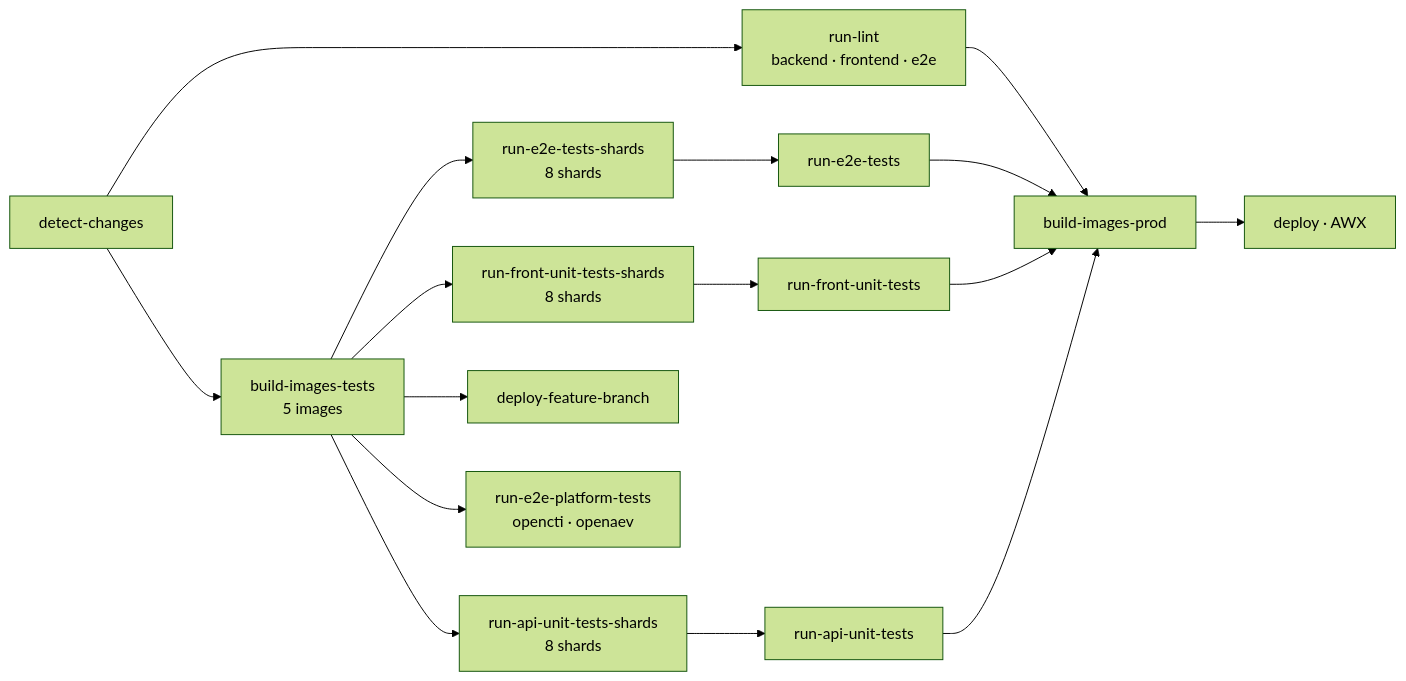
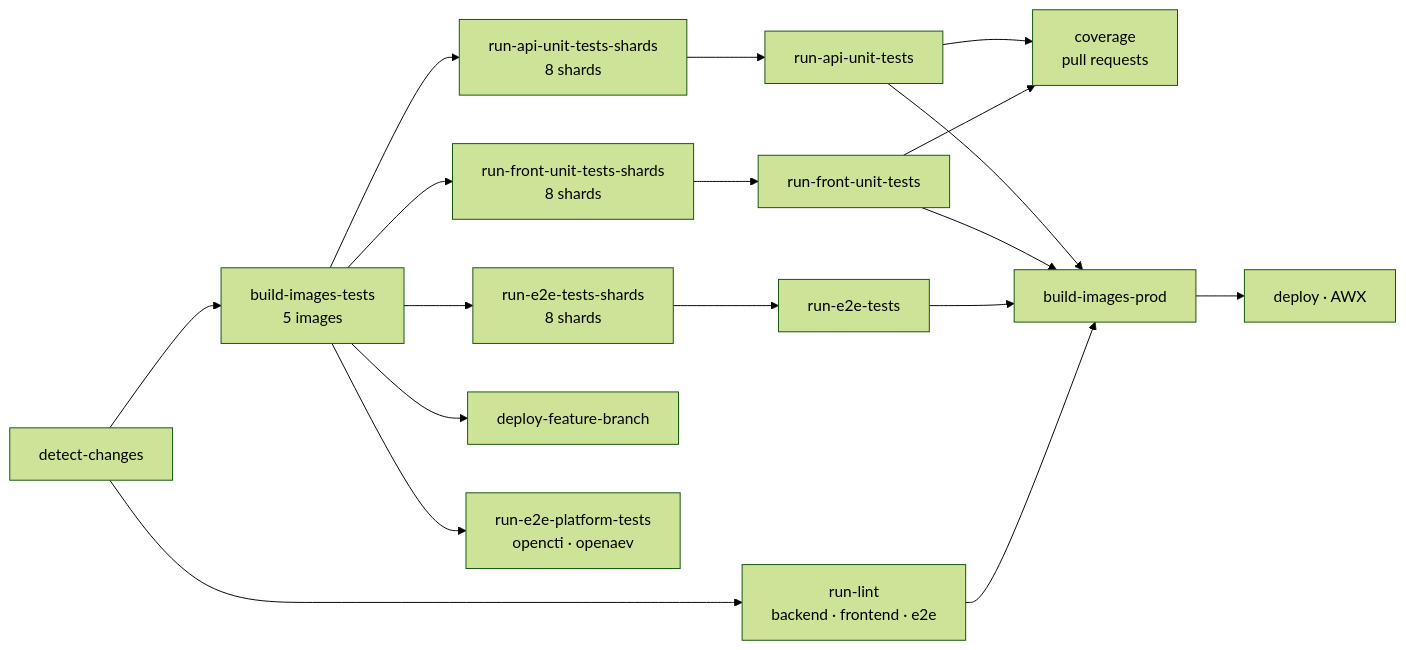
Before and after one commit to XTM-Hub/xtm-hub: the diagram in .claude/rules/ci.md, drawn with Mermaid (forest theme). The commit also changed other lines of this file and 8 other files, not shown here.

Commit message:
ci(coverage): require 80% coverage on pull requests for frontend and backend (#4153) (#4154)

````diff
--- a/.claude/rules/ci.md
+++ b/.claude/rules/ci.md
@@ -21,18 +21,20 @@
 ```mermaid
 flowchart LR
   A[detect-changes] --> B[run-lint<br/>backend · frontend · e2e]
   A --> C[build-images-tests<br/>5 images]
   C --> D[run-e2e-tests-shards<br/>8 shards]
   C --> E[run-front-unit-tests-shards<br/>8 shards]
   C --> F[run-api-unit-tests-shards<br/>8 shards]
   C --> G[deploy-feature-branch]
   C --> P[run-e2e-platform-tests<br/>opencti · openaev]
   D --> H[run-e2e-tests]
   E --> I[run-front-unit-tests]
   F --> J[run-api-unit-tests]
+  I --> V[coverage<br/>pull requests]
+  J --> V
   B --> K[build-images-prod]
   H --> K
   I --> K
   J --> K
   K --> L[deploy · AWX]
 ```
````
